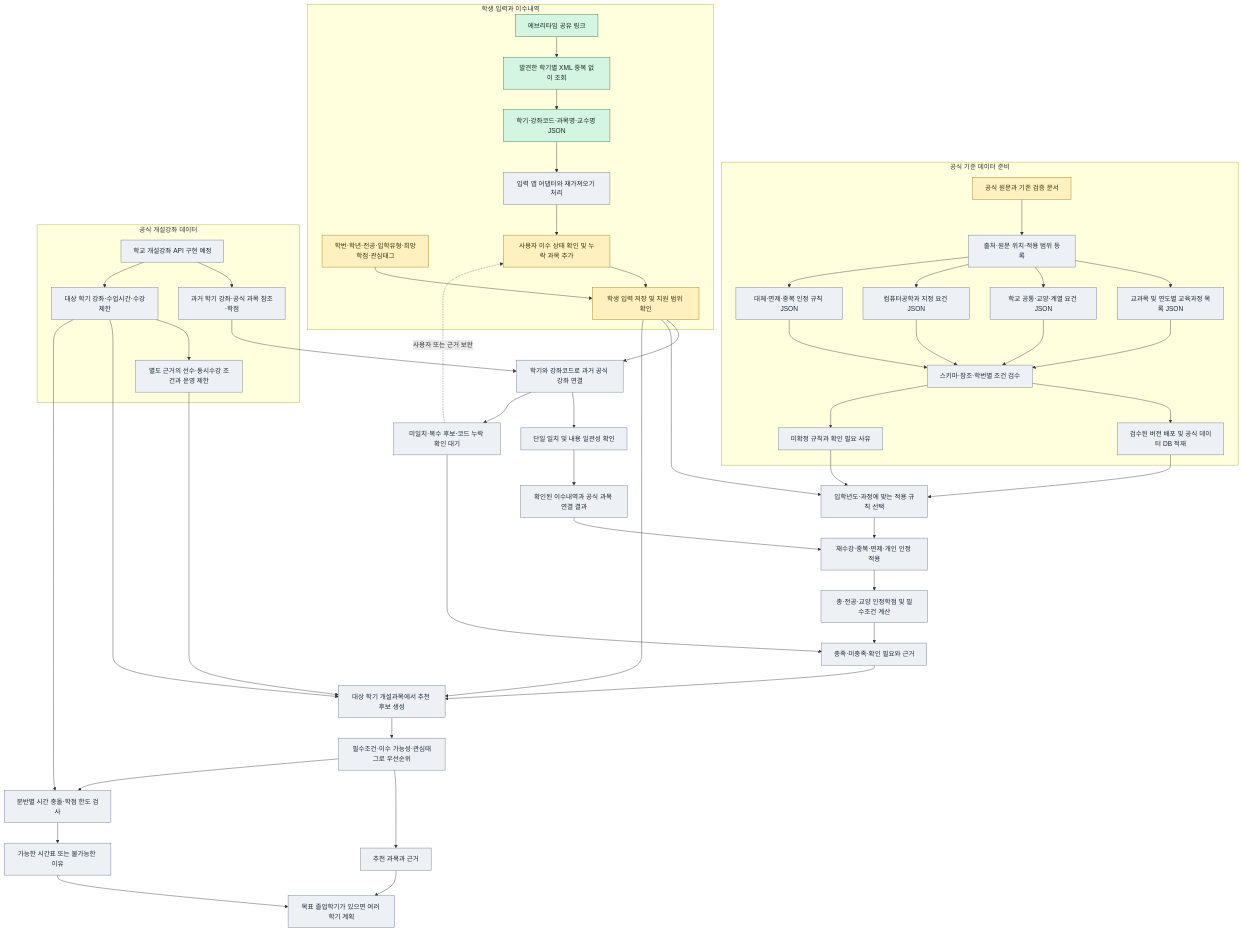
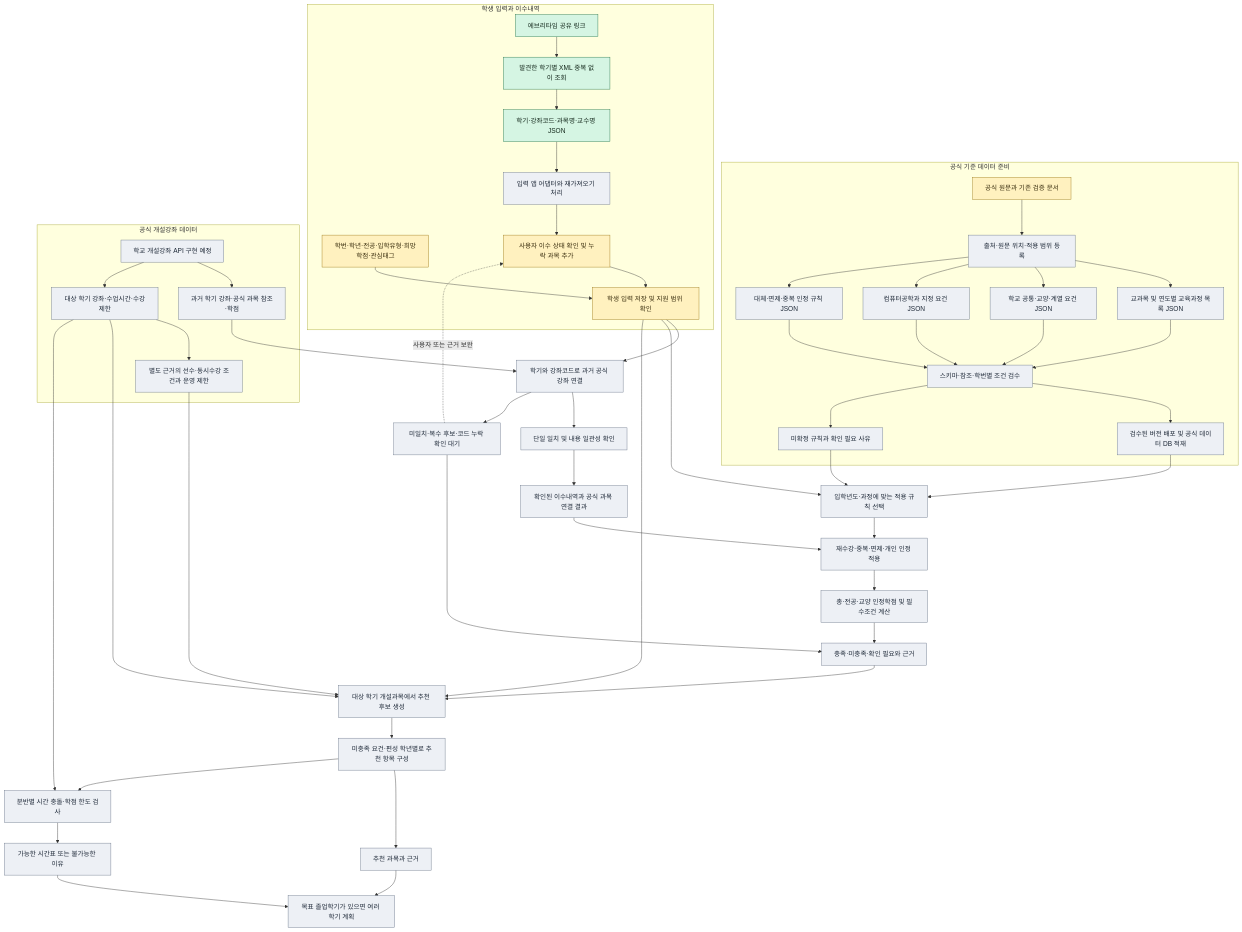
Before and after one commit to 2026ENDPoinT/team20: the diagram in sources/course_planning_design.md, drawn with Mermaid. The commit also changed other lines of this file and 11 other files, not shown here.

````diff
--- a/sources/course_planning_design.md
+++ b/sources/course_planning_design.md
@@ -76,64 +76,64 @@
 ```mermaid
 flowchart TB
     subgraph A[공식 기준 데이터 준비]
         A0[공식 원문과 기존 검증 문서] --> A1[출처·원문 위치·적용 범위 등록]
         A1 --> A2[교과목 및 연도별 교육과정 목록 JSON]
         A1 --> A3[학교 공통·교양·계열 요건 JSON]
         A1 --> A4[컴퓨터공학과 지정 요건 JSON]
         A1 --> A5[대체·면제·중복 인정 규칙 JSON]
         A2 --> A6[스키마·참조·학번별 조건 검수]
         A3 --> A6
         A4 --> A6
         A5 --> A6
         A6 --> A7[검수된 버전 배포 및 공식 데이터 DB 적재]
         A6 --> A8[미확정 규칙과 확인 필요 사유]
     end
 
     subgraph B[학생 입력과 이수내역]
         B0[에브리타임 공유 링크] --> B1[발견한 학기별 XML 중복 없이 조회]
         B1 --> B2[학기·강좌코드·과목명·교수명 JSON]
         B2 --> B3[입력 앱 어댑터와 재가져오기 처리]
         B4[학번·학년·전공·입학유형·희망학점·관심태그] --> B6[학생 입력 저장 및 지원 범위 확인]
         B3 --> B5[사용자 이수 상태 확인 및 누락 과목 추가]
         B5 --> B6
     end
 
     subgraph C[공식 개설강좌 데이터]
         C0[학교 개설강좌 API 구현 예정] --> C1[과거 학기 강좌·공식 과목 참조·학점]
         C0 --> C2[대상 학기 강좌·수업시간·수강제한]
         C2 --> C3[별도 근거의 선수·동시수강 조건과 운영 제한]
     end
 
     B6 --> D0[학기와 강좌코드로 과거 공식 강좌 연결]
     C1 --> D0
     D0 --> D1[단일 일치 및 내용 일관성 확인]
     D0 --> D2[미일치·복수 후보·코드 누락 확인 대기]
     D2 -. 사용자 또는 근거 보완 .-> B5
     D1 --> E0[확인된 이수내역과 공식 과목 연결 결과]
     B6 --> E1[입학년도·과정에 맞는 적용 규칙 선택]
     A7 --> E1
     A8 --> E1
     E0 --> E2[재수강·중복·면제·개인 인정 적용]
     E1 --> E2
     E2 --> E3[총·전공·교양 인정학점 및 필수조건 계산]
     E3 --> E4[충족·미충족·확인 필요와 근거]
     D2 --> E4
     E4 --> F0[대상 학기 개설과목에서 추천 후보 생성]
     C2 --> F0
     C3 --> F0
     B6 --> F0
-    F0 --> F1[필수조건·이수 가능성·관심태그로 우선순위]
+    F0 --> F1[미충족 요건·편성 학년별로 추천 항목 구성]
     F1 --> F2[추천 과목과 근거]
     F1 --> F3[분반별 시간 충돌·학점 한도 검사]
     C2 --> F3
     F3 --> F4[가능한 시간표 또는 불가능한 이유]
     F2 --> F5[목표 졸업학기가 있으면 여러 학기 계획]
     F4 --> F5
 
     classDef done fill:#d5f5e3,stroke:#227347,color:#14291c;
     classDef partial fill:#fff1bf,stroke:#9c7717,color:#3c3010;
     classDef planned fill:#edf0f5,stroke:#687488,color:#202b3a;
     class B0,B1,B2 done;
     class A0,B4,B5,B6 partial;
     class A1,A2,A3,A4,A5,A6,A7,A8,B3,C0,C1,C2,C3,D0,D1,D2,E0,E1,E2,E3,E4,F0,F1,F2,F3,F4,F5 planned;
 ```
````
